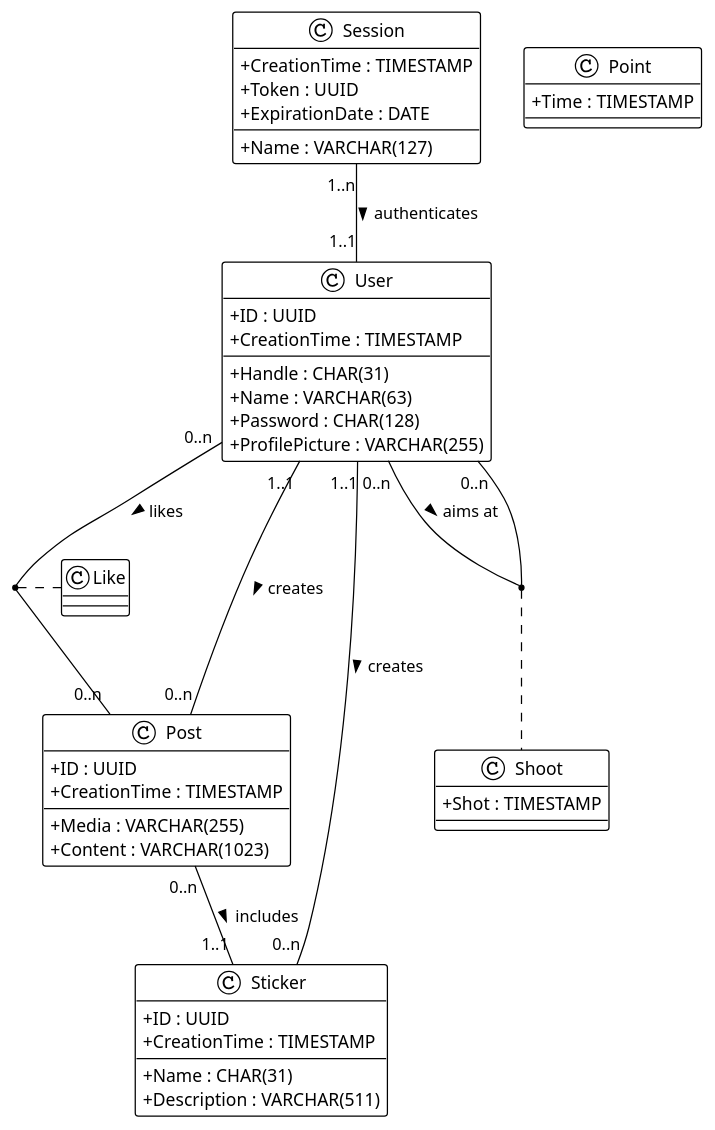
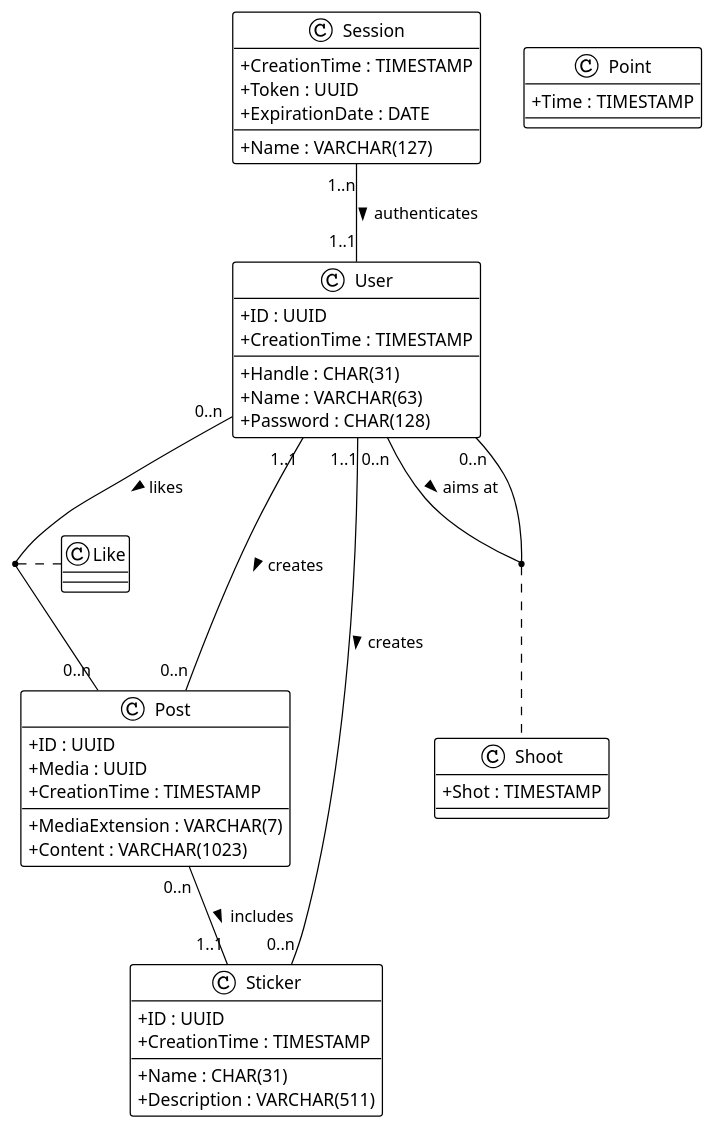
The diagram in doc/hiddlestick.puml (luca-baeck/Soziales-Netzwerk), drawn with PlantUML before and after one commit. The commit also changed 3 other files, not shown here.

```diff
--- a/doc/hiddlestick.puml
+++ b/doc/hiddlestick.puml
@@ -1,71 +1,71 @@
 @startuml hiddlestick
 
 !theme plain
 skinparam ClassAttributeIconSize 0
 
 class User{
     + ID : UUID
     + Handle : CHAR(31)
     + Name : VARCHAR(63)
     + Password : CHAR(128)
-    + ProfilePicture : VARCHAR(255)
     + CreationTime : TIMESTAMP
 }
 
 class Post{
     + ID : UUID
     /'
     /+ CreatorID : UUID
     /+ StickerID : UUID
     '/
-    + Media : VARCHAR(255)
+    + Media : UUID
+    + MediaExtension : VARCHAR(7)
     + Content : VARCHAR(1023)
     + CreationTime : TIMESTAMP
 }
 
 class Sticker{
     + ID : UUID
     + Name : CHAR(31)
     /'
     /+ CreatorID : UUID
     '/
     + Description : VARCHAR(511)
     + CreationTime : TIMESTAMP
 }
 
 User "0..n" -- "0..n" User : aims at >
 (User, User) . Shoot
 User "1..1" -- "0..n" Post : creates >
 User "1..1" -- "0..n" Sticker : creates >
 Post "0..n" -- "1..1" Sticker : includes >
 User "0..n" -- "0..n" Post : likes >
 Session "1..n" -- "1..1" User : authenticates >
 (User, Post) . Like
 
 class Shoot{
     /'
     /+ Target : UUID
     /+ Archer : UUID
     '/
     + Shot : TIMESTAMP
 }
 
 class Point{
     /'
     /+ PostID : UUID
     /+ UserID : UUID
     '/
     + Time : TIMESTAMP
 }
 
 class Session{
     /'
     /+ UserID : UUID
     '/
     + CreationTime : TIMESTAMP
     + Name : VARCHAR(127)
     + Token : UUID
     + ExpirationDate : DATE
 }
 
 @enduml
```
